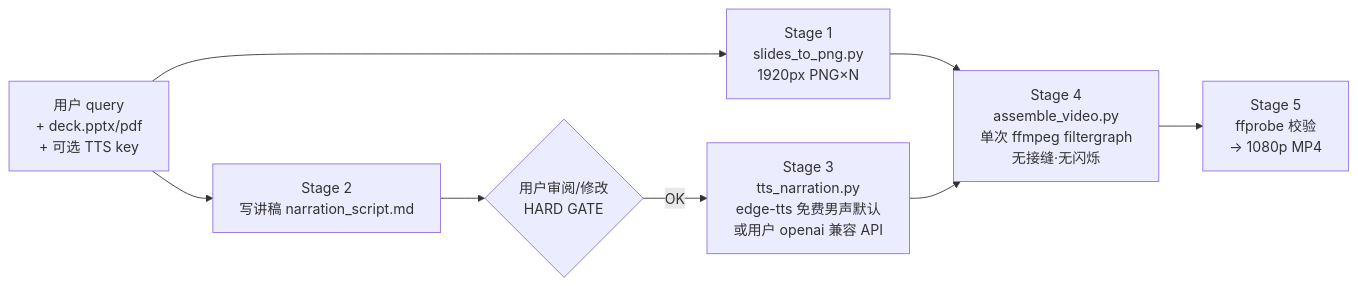
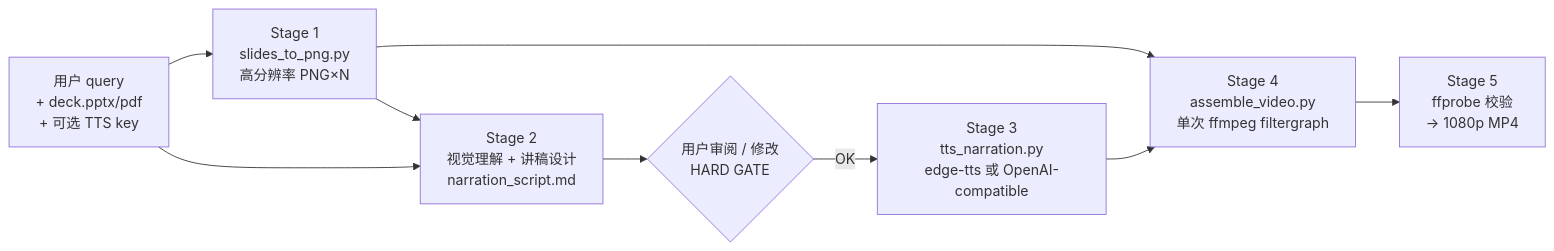
One commit to 098765d/slides-to-video changed the first of 3 diagrams in references/architecture.md. Above: the diagram before and after it, drawn with Mermaid. The commit also changed other lines of this file and 5 other files, not shown here.

Commit message:
Update slides-to-video skill content

````diff
--- a/references/architecture.md
+++ b/references/architecture.md
@@ -5,10 +5,11 @@
 ```mermaid
 flowchart LR
-    A[用户 query\n+ deck.pptx/pdf\n+ 可选 TTS key] --> B[Stage 1\nslides_to_png.py\n1920px PNG×N]
-    A --> C[Stage 2\n写讲稿 narration_script.md]
-    C --> G{用户审阅/修改\nHARD GATE}
-    G -- OK --> D[Stage 3\ntts_narration.py\nedge-tts 免费男声默认\n或用户 openai 兼容 API]
+    A[用户 query<br/>+ deck.pptx/pdf<br/>+ 可选 TTS key] --> B[Stage 1<br/>slides_to_png.py<br/>高分辨率 PNG×N]
+    B --> C[Stage 2<br/>视觉理解 + 讲稿设计<br/>narration_script.md]
+    A --> C
+    C --> G{用户审阅 / 修改<br/>HARD GATE}
+    G -- OK --> D[Stage 3<br/>tts_narration.py<br/>edge-tts 或 OpenAI-compatible]
     B --> E
-    D --> E[Stage 4\nassemble_video.py\n单次 ffmpeg filtergraph\n无接缝·无闪烁]
-    E --> F[Stage 5\nffprobe 校验\n→ 1080p MP4]
+    D --> E[Stage 4<br/>assemble_video.py<br/>单次 ffmpeg filtergraph]
+    E --> F[Stage 5<br/>ffprobe 校验<br/>→ 1080p MP4]
 ```
````
